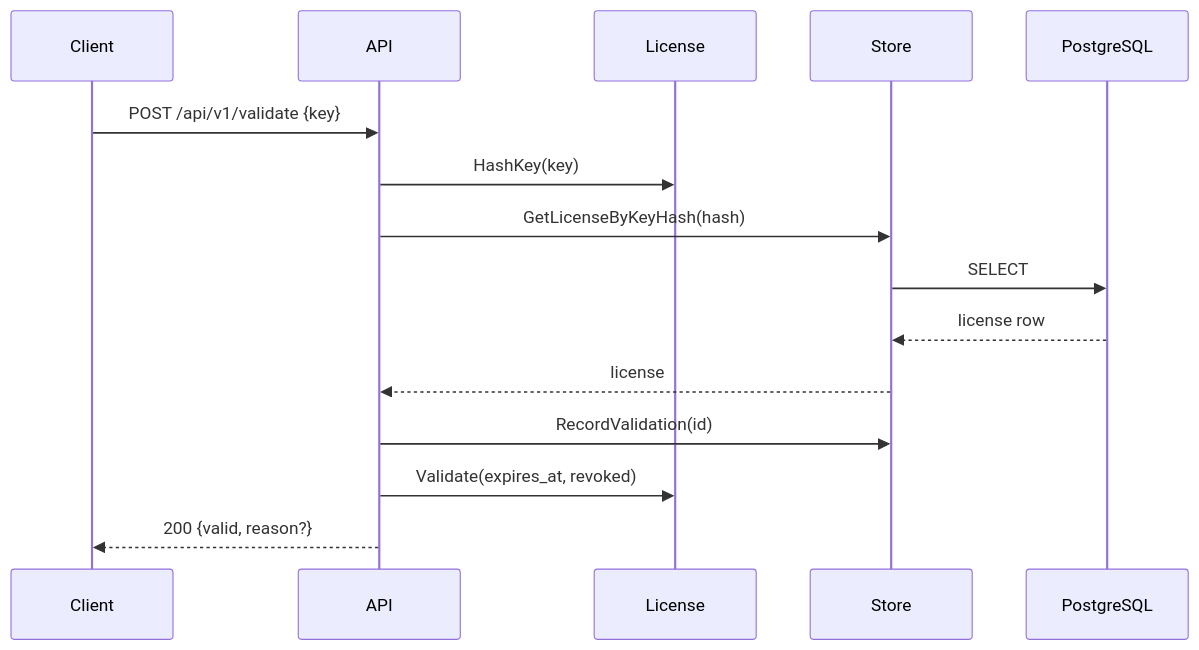
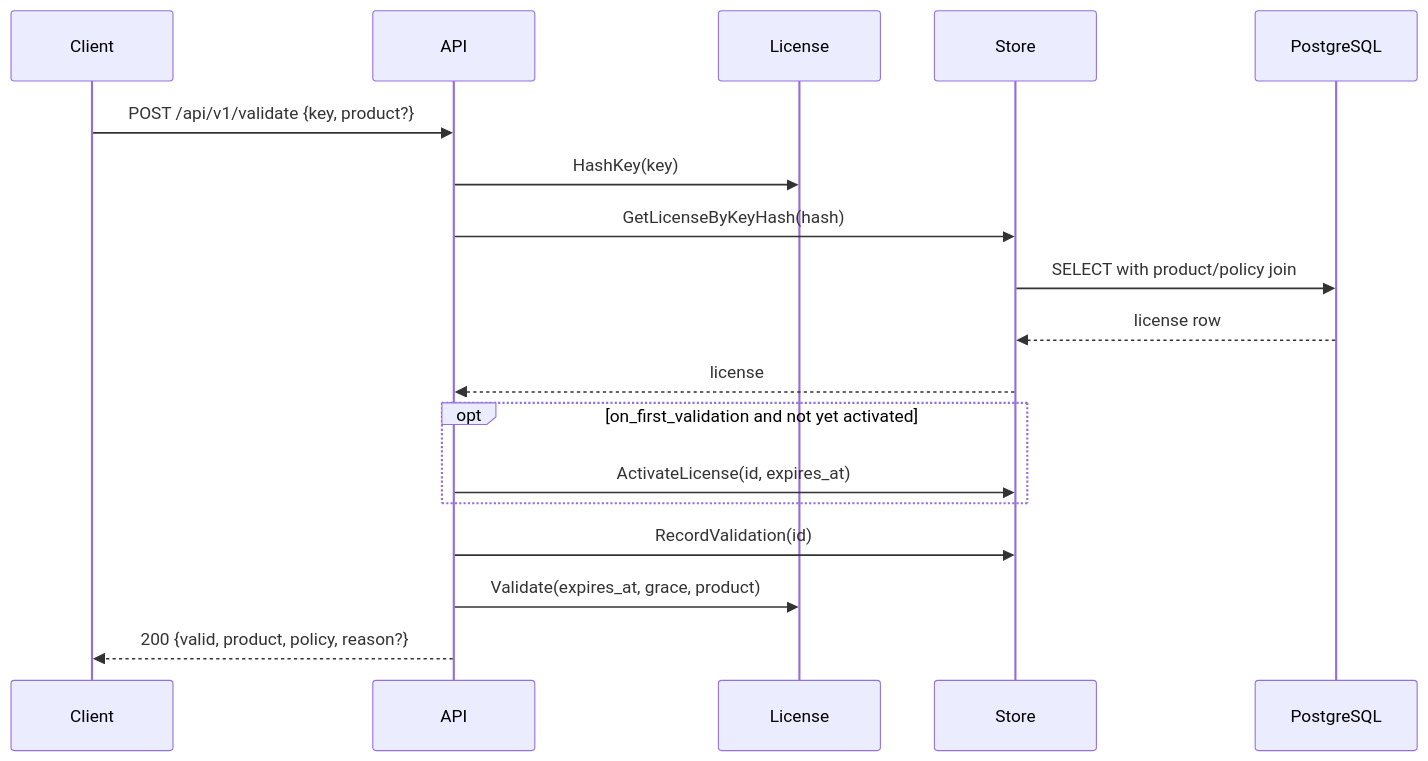
One commit to alvarorg14/openlicensd changed the third of 4 diagrams in docs/architecture.md. Above: the diagram before and after it, drawn with Mermaid. The commit also changed other lines of this file and 39 other files, not shown here.

````diff
--- a/docs/architecture.md
+++ b/docs/architecture.md
@@ -106,18 +148,21 @@
 ```mermaid
 sequenceDiagram
   participant Client
   participant API
   participant License
   participant Store
   participant PG as PostgreSQL
 
-  Client->>API: POST /api/v1/validate {key}
+  Client->>API: POST /api/v1/validate {key, product?}
   API->>License: HashKey(key)
   API->>Store: GetLicenseByKeyHash(hash)
-  Store->>PG: SELECT
+  Store->>PG: SELECT with product/policy join
   PG-->>Store: license row
   Store-->>API: license
+  opt on_first_validation and not yet activated
+    API->>Store: ActivateLicense(id, expires_at)
+  end
   API->>Store: RecordValidation(id)
-  API->>License: Validate(expires_at, revoked)
-  API-->>Client: 200 {valid, reason?}
+  API->>License: Validate(expires_at, grace, product)
+  API-->>Client: 200 {valid, product, policy, reason?}
 ```
````
